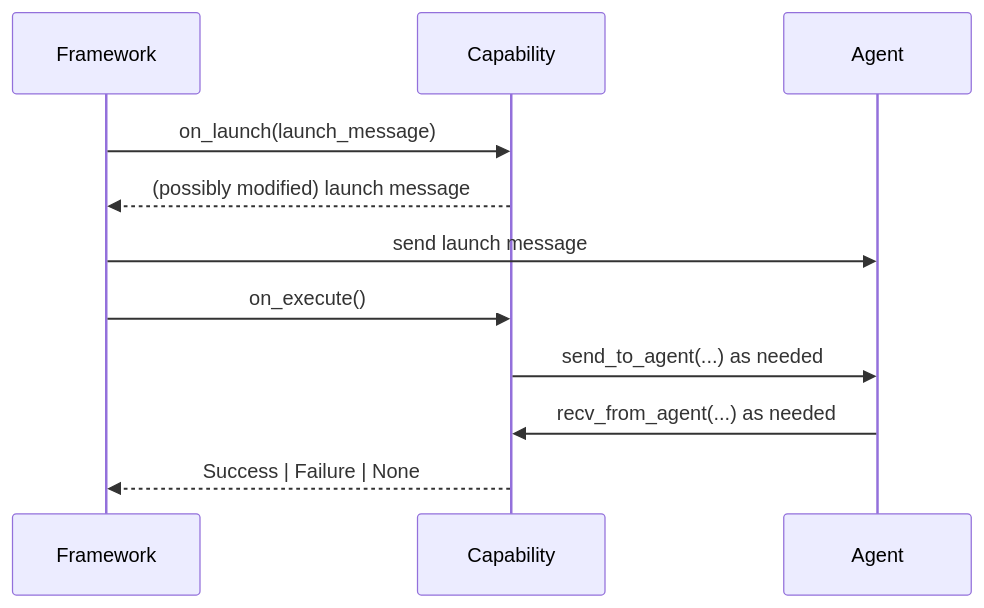
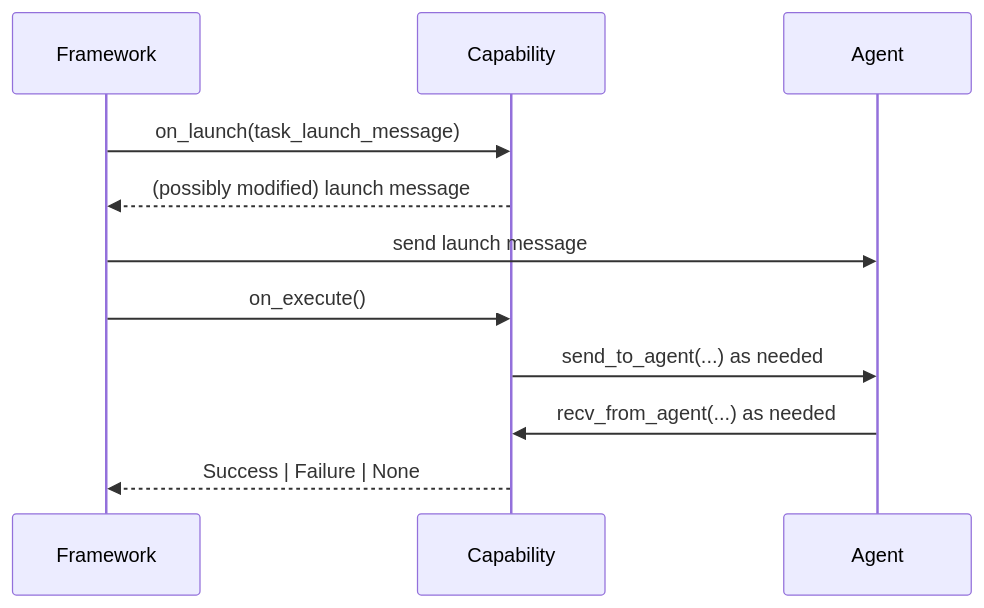
The first of 6 diagrams in docs/framework/agents/common-agent-capability-patterns.md (not-sekiun/Consortium), drawn with Mermaid before and after one commit. The commit also changed other lines of this file and 24 other files, not shown here.

````diff
--- a/docs/framework/agents/common-agent-capability-patterns.md
+++ b/docs/framework/agents/common-agent-capability-patterns.md
@@ -14,13 +14,13 @@
 ```mermaid
 sequenceDiagram
     participant F as Framework
     participant C as Capability
     participant A as Agent
-    F->>C: on_launch(launch_message)
+    F->>C: on_launch(task_launch_message)
     C-->>F: (possibly modified) launch message
     F->>A: send launch message
     F->>C: on_execute()
     C->>A: send_to_agent(...) as needed
     A->>C: recv_from_agent(...) as needed
     C-->>F: Success | Failure | None
 ```
````
